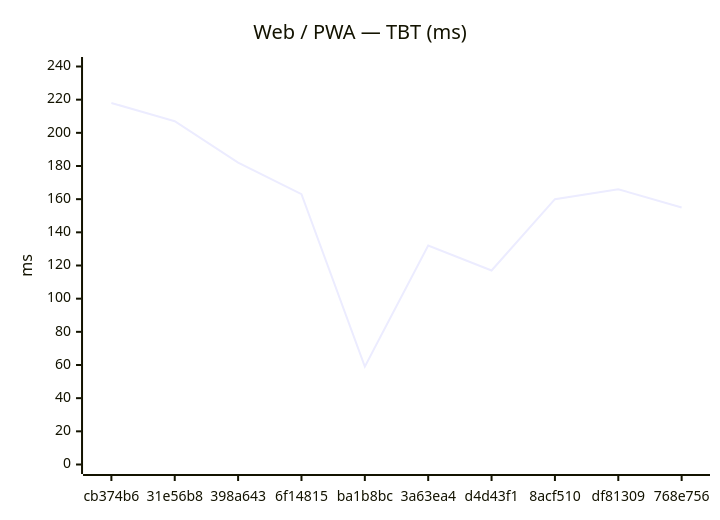
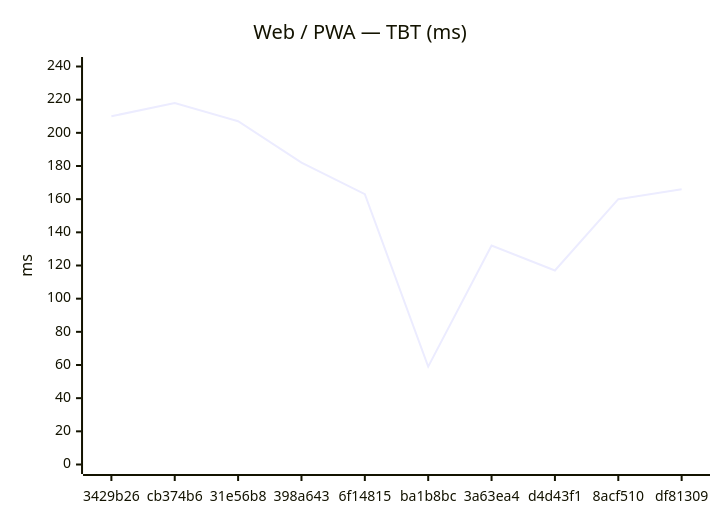
The second of 18 diagrams in benchmarks/compare.md (Metaheurist/Rianell), drawn with Mermaid before and after one commit. The commit also changed other lines of this file and 11 other files, not shown here.

````diff
--- a/benchmarks/compare.md
+++ b/benchmarks/compare.md
@@ -31,7 +31,7 @@
 ```mermaid
 xychart-beta
     title "Web / PWA — TBT (ms)"
-    x-axis ["cb374b6", "31e56b8", "398a643", "6f14815", "ba1b8bc", "3a63ea4", "d4d43f1", "8acf510", "df81309", "768e756"]
+    x-axis ["3429b26", "cb374b6", "31e56b8", "398a643", "6f14815", "ba1b8bc", "3a63ea4", "d4d43f1", "8acf510", "df81309"]
     y-axis "ms" 0 --> 240
-    line [218, 207, 182, 163, 59, 132, 117, 160, 166, 155]
+    line [210, 218, 207, 182, 163, 59, 132, 117, 160, 166]
 ```
````
